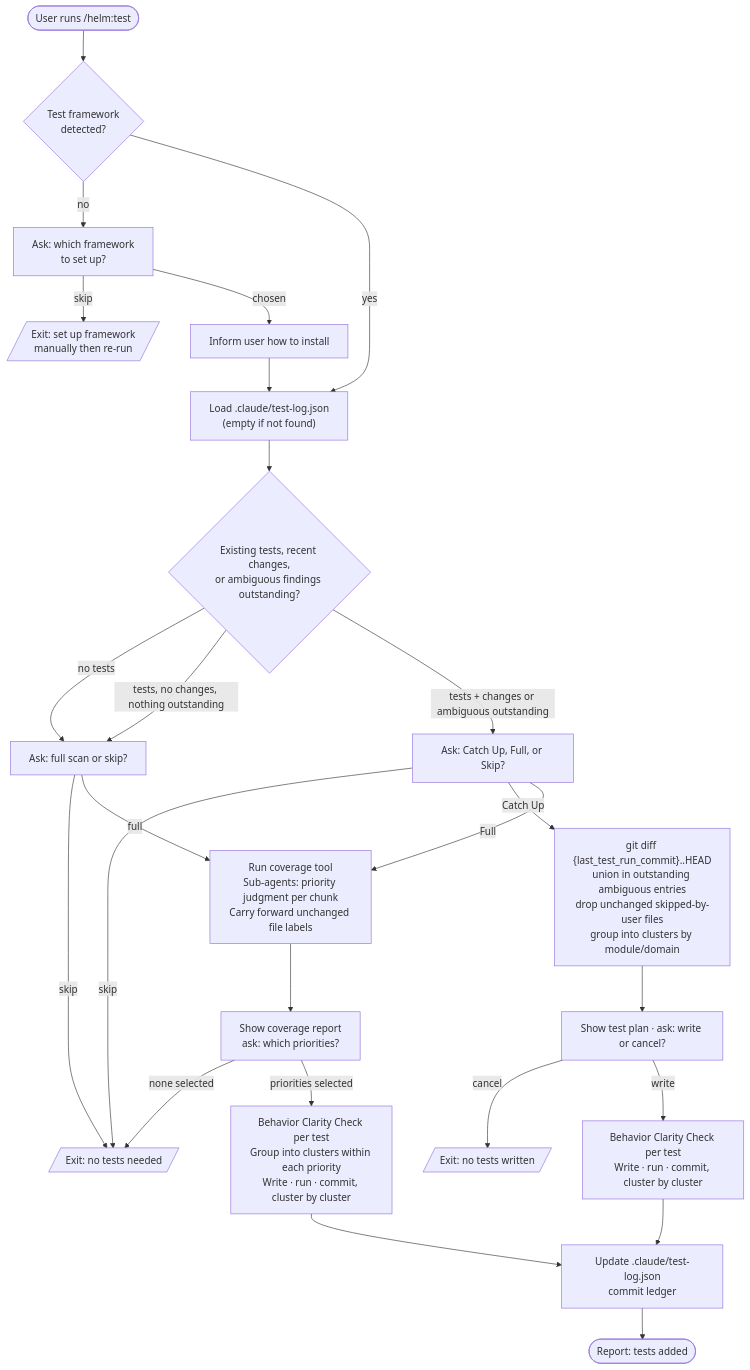
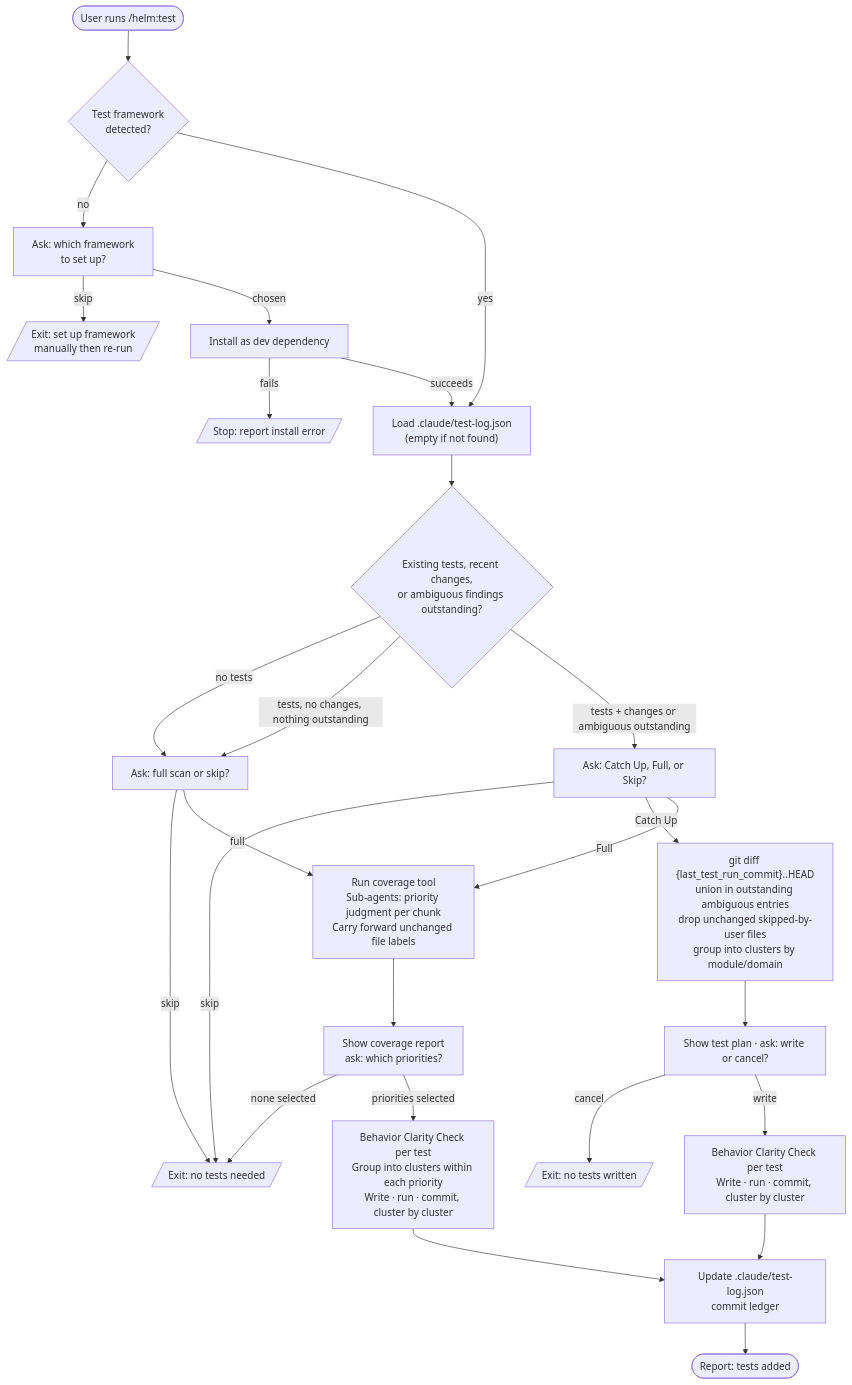
Before and after one commit to myowinthein/agent-helm: the diagram in docs/commands/test.md, drawn with Mermaid. The commit also changed other lines of this file and 1 other file, not shown here.

Commit message:
fix(test): actually install the chosen framework instead of just describing it
Step 1 said "inform user how to install, then proceed to Step 2" —
printing instructions and immediately continuing regardless of
whether the human actually ran them. Every downstream step assumes a
working test framework (Step 3's coverage estimate, Step 4/5's "run
tests after writing"), so proceeding unconditionally risked every
later step failing against a project that still had no framework
installed.

Now runs the install directly, detecting the package manager from the
project's lockfile, and only proceeds to Step 2 on success — stopping
with the error instead of pressing on if the install fails.

````diff
--- a/docs/commands/test.md
+++ b/docs/commands/test.md
@@ -13,34 +13,35 @@
 ```mermaid
 flowchart TD
   Start([User runs /helm:test]) --> Framework{Test framework<br/>detected?}
   Framework -->|no| AskFW[Ask: which framework<br/>to set up?]
   AskFW -->|skip| FWStop[/Exit: set up framework<br/>manually then re-run/]
-  AskFW -->|chosen| FWSetup[Inform user how to install]
+  AskFW -->|chosen| FWSetup[Install as dev dependency]
+  FWSetup -->|fails| FWFail[/Stop: report install error/]
   Framework -->|yes| Ledger
-  FWSetup --> Ledger
+  FWSetup -->|succeeds| Ledger
 
   Ledger["Load .claude/test-log.json<br/>(empty if not found)"] --> Assess
 
   Assess{Existing tests, recent changes,<br/>or ambiguous findings outstanding?}
   Assess -->|no tests| FullOrSkip["Ask: full scan or skip?"]
   Assess -->|tests, no changes, nothing outstanding| FullOrSkip
   Assess -->|tests + changes or ambiguous outstanding| Choice["Ask: Catch Up, Full, or Skip?"]
 
   FullOrSkip -->|skip| Skip[/Exit: no tests needed/]
   FullOrSkip -->|full| FullScan
   Choice -->|skip| Skip
   Choice -->|Catch Up| CatchUp
   Choice -->|Full| FullScan
 
   CatchUp["git diff {last_test_run_commit}..HEAD<br/>union in outstanding ambiguous entries<br/>drop unchanged skipped-by-user files<br/>group into clusters by module/domain"] --> CatchPlan["Show test plan · ask: write or cancel?"]
   CatchPlan -->|cancel| Cancel[/Exit: no tests written/]
   CatchPlan -->|write| CWrite["Behavior Clarity Check per test<br/>Write · run · commit, cluster by cluster"]
   CWrite --> UpdateLedger
 
   FullScan["Run coverage tool<br/>Sub-agents: priority judgment per chunk<br/>Carry forward unchanged file labels"] --> FullPlan["Show coverage report<br/>ask: which priorities?"]
   FullPlan -->|none selected| Skip
   FullPlan -->|priorities selected| FWrite["Behavior Clarity Check per test<br/>Group into clusters within each priority<br/>Write · run · commit, cluster by cluster"]
   FWrite --> UpdateLedger
 
   UpdateLedger["Update .claude/test-log.json<br/>commit ledger"] --> Done([Report: tests added])
 ```
````
